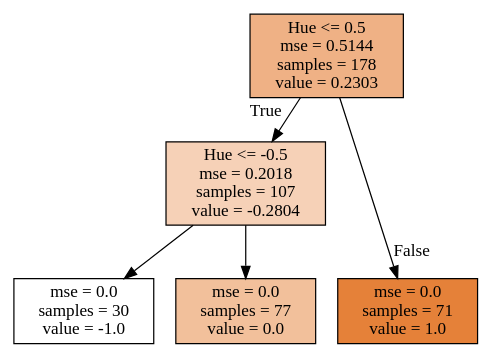
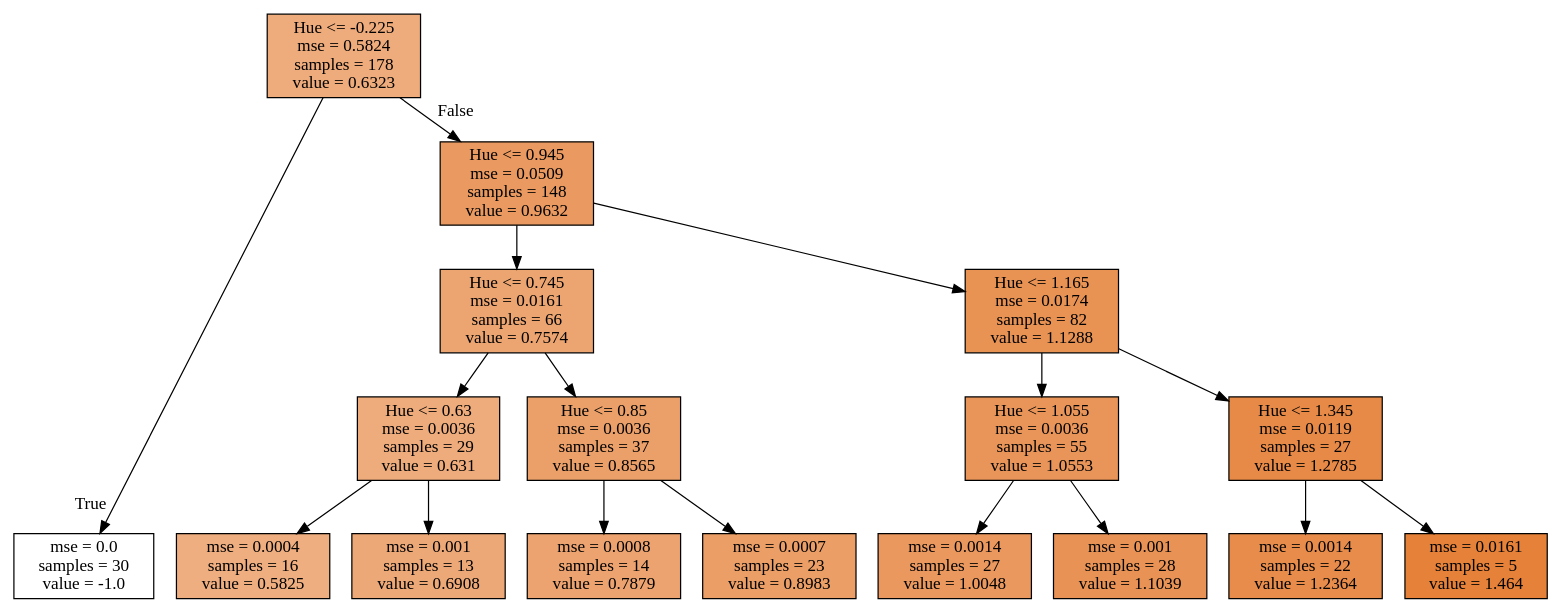
One commit to abbyschantz/cs35 changed the diagram in hw5/tree4.dot. Above: the diagram before and after it, drawn with Graphviz. The commit also changed 5 other files, not shown here.

```diff
--- a/hw5/tree4.dot
+++ b/hw5/tree4.dot
@@ -1,16 +1,42 @@
 digraph Tree {
 node [shape=box, style="filled", color="black"] ;
 graph [ranksep=equally, splines=polyline] ;
-0 [label="Hue <= 0.5\nmse = 0.5144\nsamples = 178\nvalue = 0.2303", fillcolor="#e581399d"] ;
-1 [label="Hue <= -0.5\nmse = 0.2018\nsamples = 107\nvalue = -0.2804", fillcolor="#e581395c"] ;
+0 [label="Hue <= -0.225\nmse = 0.5824\nsamples = 178\nvalue = 0.6323", fillcolor="#e58139a9"] ;
+1 [label="mse = 0.0\nsamples = 30\nvalue = -1.0", fillcolor="#e5813900"] ;
 0 -> 1 [labeldistance=2.5, labelangle=45, headlabel="True"] ;
-2 [label="mse = 0.0\nsamples = 30\nvalue = -1.0", fillcolor="#e5813900"] ;
-1 -> 2 ;
-3 [label="mse = 0.0\nsamples = 77\nvalue = 0.0", fillcolor="#e5813980"] ;
-1 -> 3 ;
-4 [label="mse = 0.0\nsamples = 71\nvalue = 1.0", fillcolor="#e58139ff"] ;
-0 -> 4 [labeldistance=2.5, labelangle=-45, headlabel="False"] ;
+2 [label="Hue <= 0.945\nmse = 0.0509\nsamples = 148\nvalue = 0.9632", fillcolor="#e58139cb"] ;
+0 -> 2 [labeldistance=2.5, labelangle=-45, headlabel="False"] ;
+3 [label="Hue <= 0.745\nmse = 0.0161\nsamples = 66\nvalue = 0.7574", fillcolor="#e58139b6"] ;
+2 -> 3 ;
+4 [label="Hue <= 0.63\nmse = 0.0036\nsamples = 29\nvalue = 0.631", fillcolor="#e58139a9"] ;
+3 -> 4 ;
+5 [label="mse = 0.0004\nsamples = 16\nvalue = 0.5825", fillcolor="#e58139a4"] ;
+4 -> 5 ;
+6 [label="mse = 0.001\nsamples = 13\nvalue = 0.6908", fillcolor="#e58139af"] ;
+4 -> 6 ;
+7 [label="Hue <= 0.85\nmse = 0.0036\nsamples = 37\nvalue = 0.8565", fillcolor="#e58139c0"] ;
+3 -> 7 ;
+8 [label="mse = 0.0008\nsamples = 14\nvalue = 0.7879", fillcolor="#e58139b9"] ;
+7 -> 8 ;
+9 [label="mse = 0.0007\nsamples = 23\nvalue = 0.8983", fillcolor="#e58139c4"] ;
+7 -> 9 ;
+10 [label="Hue <= 1.165\nmse = 0.0174\nsamples = 82\nvalue = 1.1288", fillcolor="#e58139dc"] ;
+2 -> 10 ;
+11 [label="Hue <= 1.055\nmse = 0.0036\nsamples = 55\nvalue = 1.0553", fillcolor="#e58139d5"] ;
+10 -> 11 ;
+12 [label="mse = 0.0014\nsamples = 27\nvalue = 1.0048", fillcolor="#e58139cf"] ;
+11 -> 12 ;
+13 [label="mse = 0.001\nsamples = 28\nvalue = 1.1039", fillcolor="#e58139da"] ;
+11 -> 13 ;
+14 [label="Hue <= 1.345\nmse = 0.0119\nsamples = 27\nvalue = 1.2785", fillcolor="#e58139ec"] ;
+10 -> 14 ;
+15 [label="mse = 0.0014\nsamples = 22\nvalue = 1.2364", fillcolor="#e58139e7"] ;
+14 -> 15 ;
+16 [label="mse = 0.0161\nsamples = 5\nvalue = 1.464", fillcolor="#e58139ff"] ;
+14 -> 16 ;
 {rank=same ; 0} ;
-{rank=same ; 1} ;
-{rank=same ; 2; 3; 4} ;
+{rank=same ; 2} ;
+{rank=same ; 3; 10} ;
+{rank=same ; 4; 7; 11; 14} ;
+{rank=same ; 1; 5; 6; 8; 9; 12; 13; 15; 16} ;
 }
```
